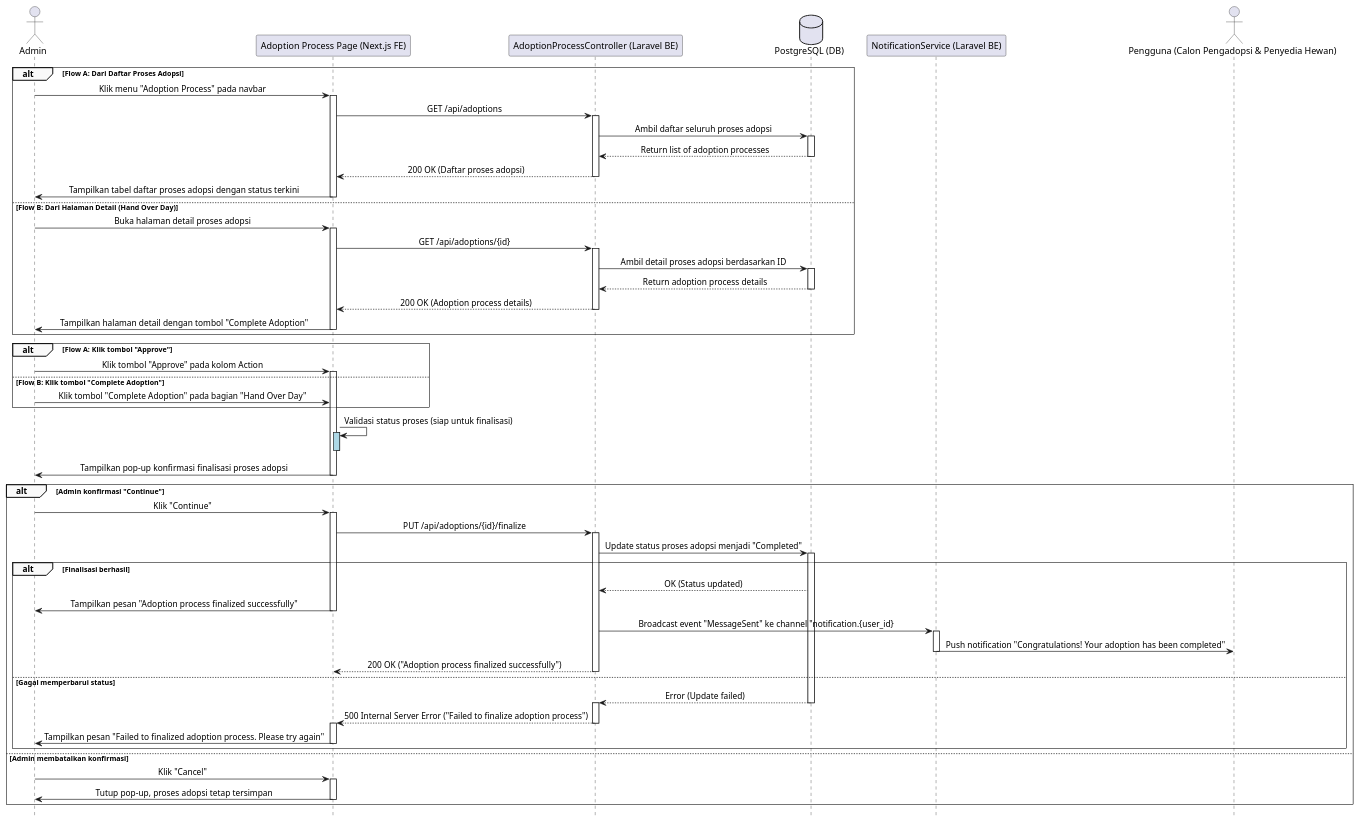
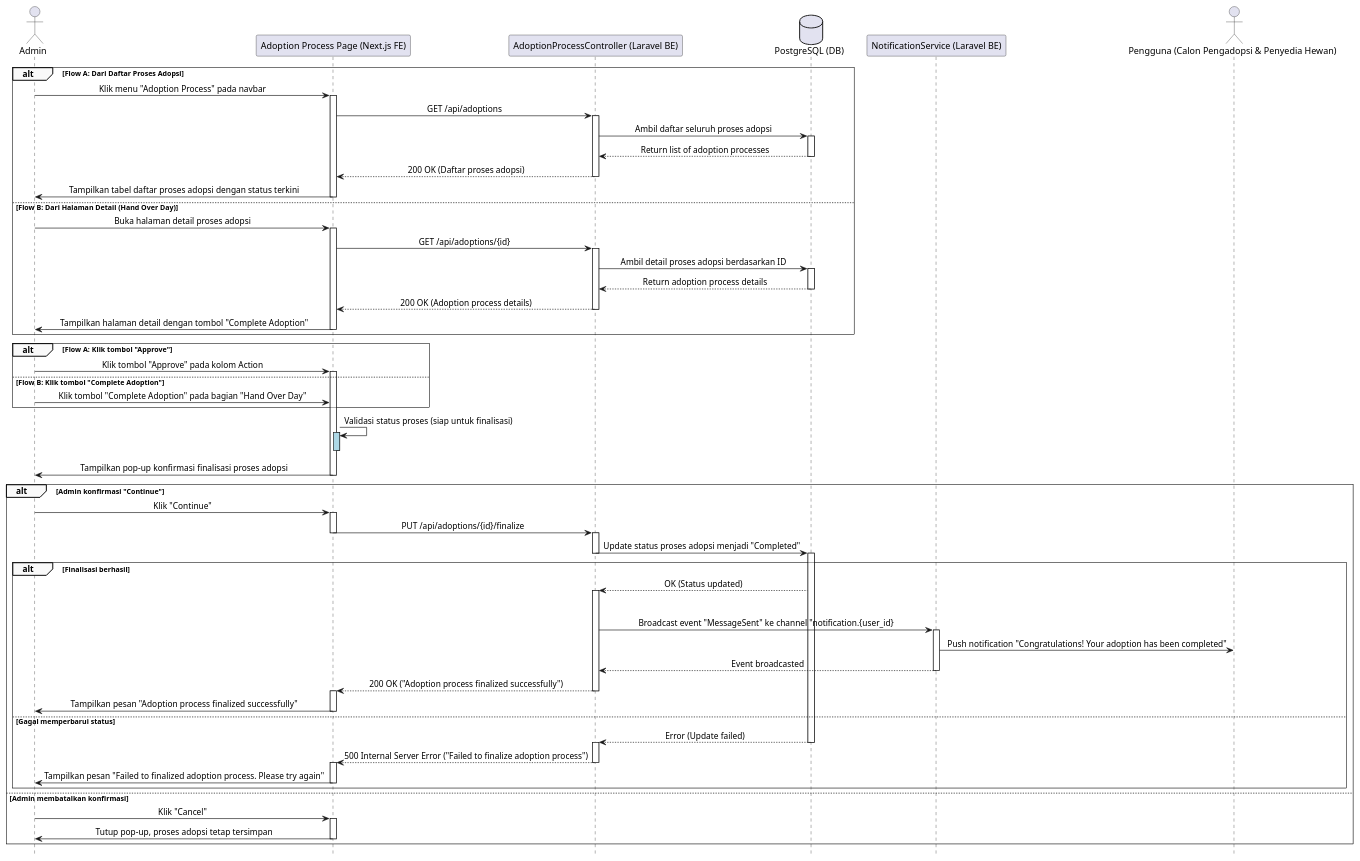
Before and after one commit to fadhel-rizanda/skripsi-plantuml: the diagram in sequence/MelakukanFinalisasiAdopsi.plantuml, drawn with PlantUML. The commit also changed 29 other files, not shown here.

```diff
--- a/sequence/MelakukanFinalisasiAdopsi.plantuml
+++ b/sequence/MelakukanFinalisasiAdopsi.plantuml
@@ -1,109 +1,114 @@
 @startuml
 ' === Styling ===
 skinparam sequence {
     LifelineFooterStrategy none
     MessageAlign center
     ArrowThickness 1
     ParticipantPadding 20
     GroupBorderThickness 0.5
     GroupBackgroundColor #F9F9F9
 }
 hide footbox
 
 ' === Participants ===
 actor Admin
 participant "Adoption Process Page (Next.js FE)" as FE
 participant "AdoptionProcessController (Laravel BE)" as BE
 database "PostgreSQL (DB)" as DB
 participant "NotificationService (Laravel BE)" as NS
 actor "Pengguna (Calon Pengadopsi & Penyedia Hewan)" as FE_Adopter
 
 ' === Akses Data Proses Adopsi ===
     alt Flow A: Dari Daftar Proses Adopsi
         Admin -> FE: Klik menu "Adoption Process" pada navbar
         activate FE
         FE -> BE: GET /api/adoptions
         activate BE
         BE -> DB: Ambil daftar seluruh proses adopsi
         activate DB
         DB --> BE: Return list of adoption processes
         deactivate DB
         BE --> FE: 200 OK (Daftar proses adopsi)
         deactivate BE
         FE -> Admin: Tampilkan tabel daftar proses adopsi dengan status terkini
         deactivate FE
 
     else Flow B: Dari Halaman Detail (Hand Over Day)
         Admin -> FE: Buka halaman detail proses adopsi
         activate FE
         FE -> BE: GET /api/adoptions/{id}
         activate BE
         BE -> DB: Ambil detail proses adopsi berdasarkan ID
         activate DB
         DB --> BE: Return adoption process details
         deactivate DB
         BE --> FE: 200 OK (Adoption process details)
         deactivate BE
         FE -> Admin: Tampilkan halaman detail dengan tombol "Complete Adoption"
         deactivate FE
     end
 
 ' === Proses Finalisasi (Sama untuk Flow A & B) ===
     alt Flow A: Klik tombol "Approve"
         Admin -> FE: Klik tombol "Approve" pada kolom Action
         activate FE
     else Flow B: Klik tombol "Complete Adoption"
         Admin -> FE: Klik tombol "Complete Adoption" pada bagian "Hand Over Day"
     end
 
     activate FE
 
     ' === Validasi di frontend ===
     FE -> FE: Validasi status proses (siap untuk finalisasi)
     activate FE #LightBlue
     deactivate FE #LightBlue
 
     FE -> Admin: Tampilkan pop-up konfirmasi finalisasi proses adopsi
     deactivate FE
 
     alt Admin konfirmasi "Continue"
         Admin -> FE: Klik "Continue"
         activate FE
         FE -> BE: PUT /api/adoptions/{id}/finalize
+        deactivate FE
         activate BE
         BE -> DB: Update status proses adopsi menjadi "Completed"
+        deactivate BE
         activate DB
 
         alt Finalisasi berhasil
             DB --> BE: OK (Status updated)
+            activate BE
 
-            FE -> Admin: Tampilkan pesan "Adoption process finalized successfully"
             deactivate FE
 
             ' === Kirim notifikasi ke pihak terkait ===
             BE -> NS: Broadcast event "MessageSent" ke channel "notification.{user_id}
             activate NS
             NS -> FE_Adopter: Push notification "Congratulations! Your adoption has been completed"
+            NS --> BE: Event broadcasted
             deactivate NS
             BE --> FE: 200 OK ("Adoption process finalized successfully")
             deactivate BE
-
+            activate FE
+            FE -> Admin: Tampilkan pesan "Adoption process finalized successfully"
+            deactivate FE
         else Gagal memperbarui status
             DB --> BE: Error (Update failed)
             deactivate DB
             activate BE
             BE --> FE: 500 Internal Server Error ("Failed to finalize adoption process")
             deactivate BE
             activate FE
             FE -> Admin: Tampilkan pesan "Failed to finalized adoption process. Please try again"
             deactivate FE
         end
 
     else Admin membatalkan konfirmasi
         Admin -> FE: Klik "Cancel"
         activate FE
         FE -> Admin: Tutup pop-up, proses adopsi tetap tersimpan
         deactivate FE
     end
 
 @enduml
```
